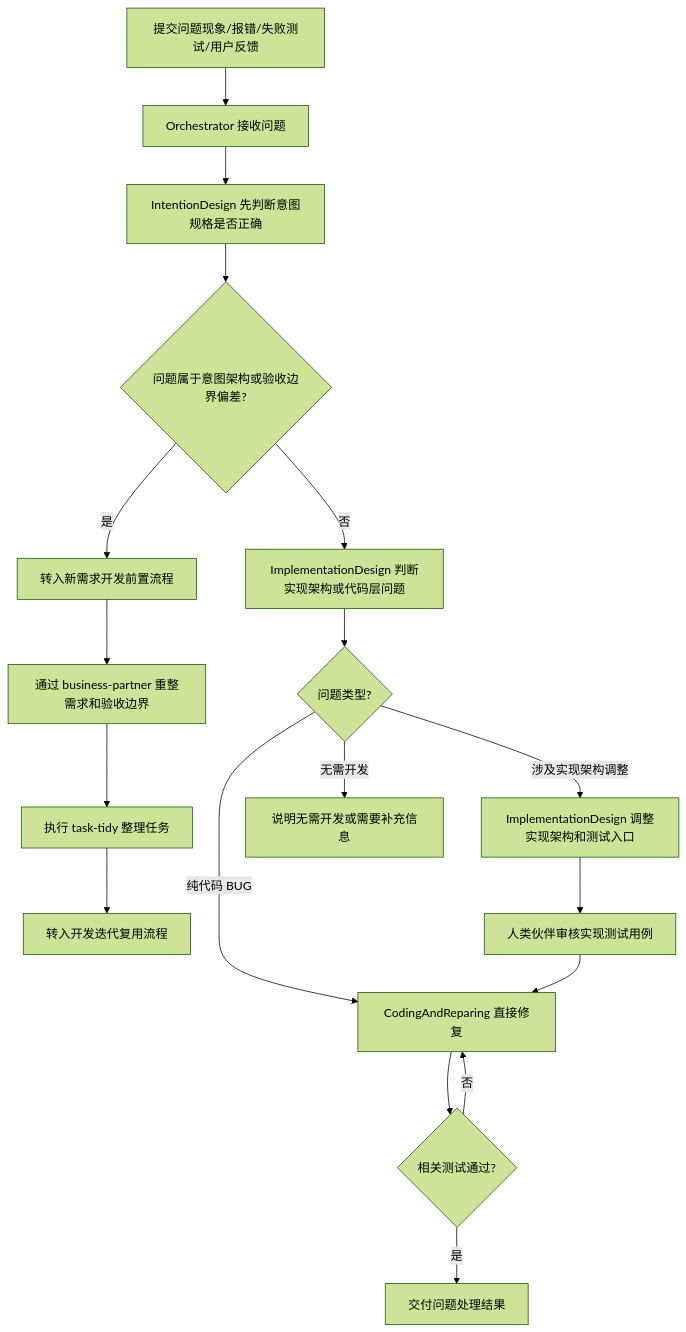
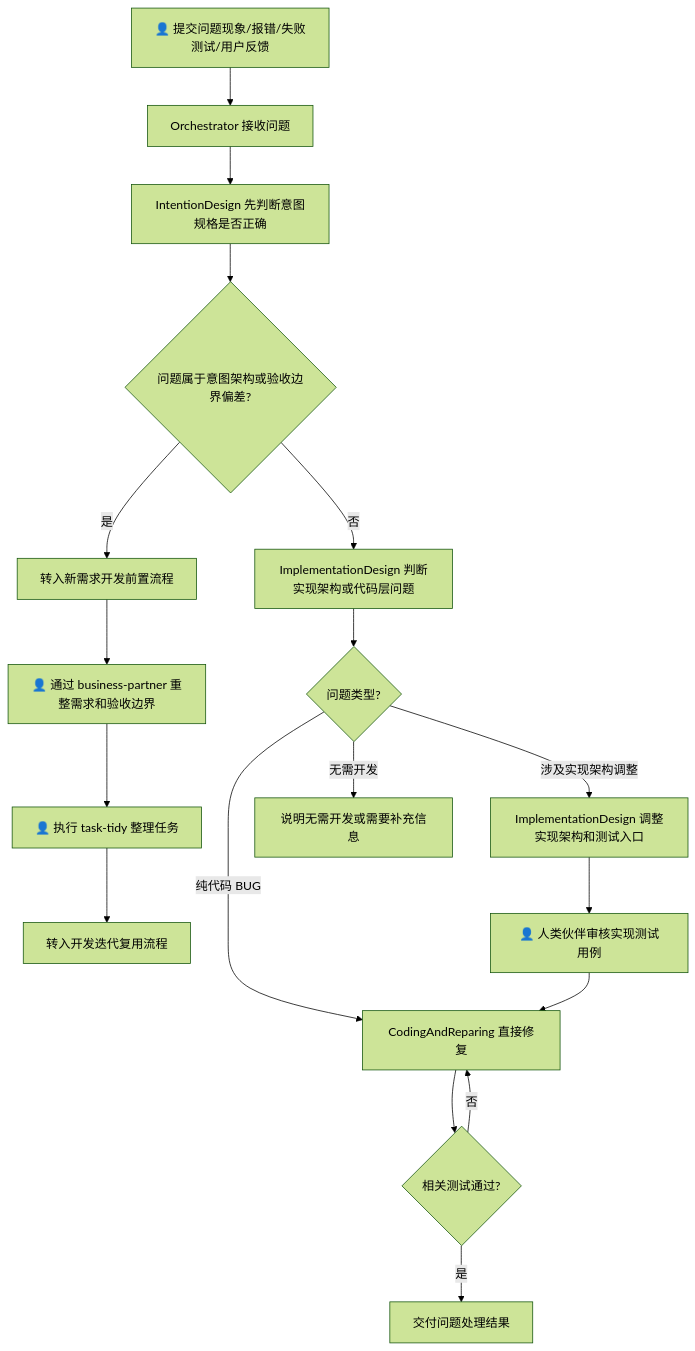
One commit to derekhu0002/Argo changed the third of 5 diagrams in README.md. Above: the diagram before and after it, drawn with Mermaid (forest theme). The commit also changed other lines of this file, not shown here.

````diff
--- a/README.md
+++ b/README.md
@@ -104,20 +104,20 @@
 ```mermaid
 flowchart TD
-    A[提交问题现象/报错/失败测试/用户反馈] --> B[Orchestrator 接收问题]
+    A[👤 提交问题现象/报错/失败测试/用户反馈] --> B[Orchestrator 接收问题]
     B --> C[IntentionDesign 先判断意图规格是否正确]
     C --> D{问题属于意图架构或验收边界偏差?}
     D -- 是 --> E[转入新需求开发前置流程]
-    E --> F[通过 business-partner 重整需求和验收边界]
-    F --> G[执行 task-tidy 整理任务]
+    E --> F[👤 通过 business-partner 重整需求和验收边界]
+    F --> G[👤 执行 task-tidy 整理任务]
     G --> P[转入开发迭代复用流程]
     D -- 否 --> H[ImplementationDesign 判断实现架构或代码层问题]
     H --> I{问题类型?}
     I -- 纯代码 BUG --> J[CodingAndReparing 直接修复]
     I -- 涉及实现架构调整 --> K[ImplementationDesign 调整实现架构和测试入口]
-    K --> L[人类伙伴审核实现测试用例]
+    K --> L[👤 人类伙伴审核实现测试用例]
     L --> J
     J --> M{相关测试通过?}
     M -- 否 --> J
     M -- 是 --> N[交付问题处理结果]
     I -- 无需开发 --> O[说明无需开发或需要补充信息]
 ```
````
